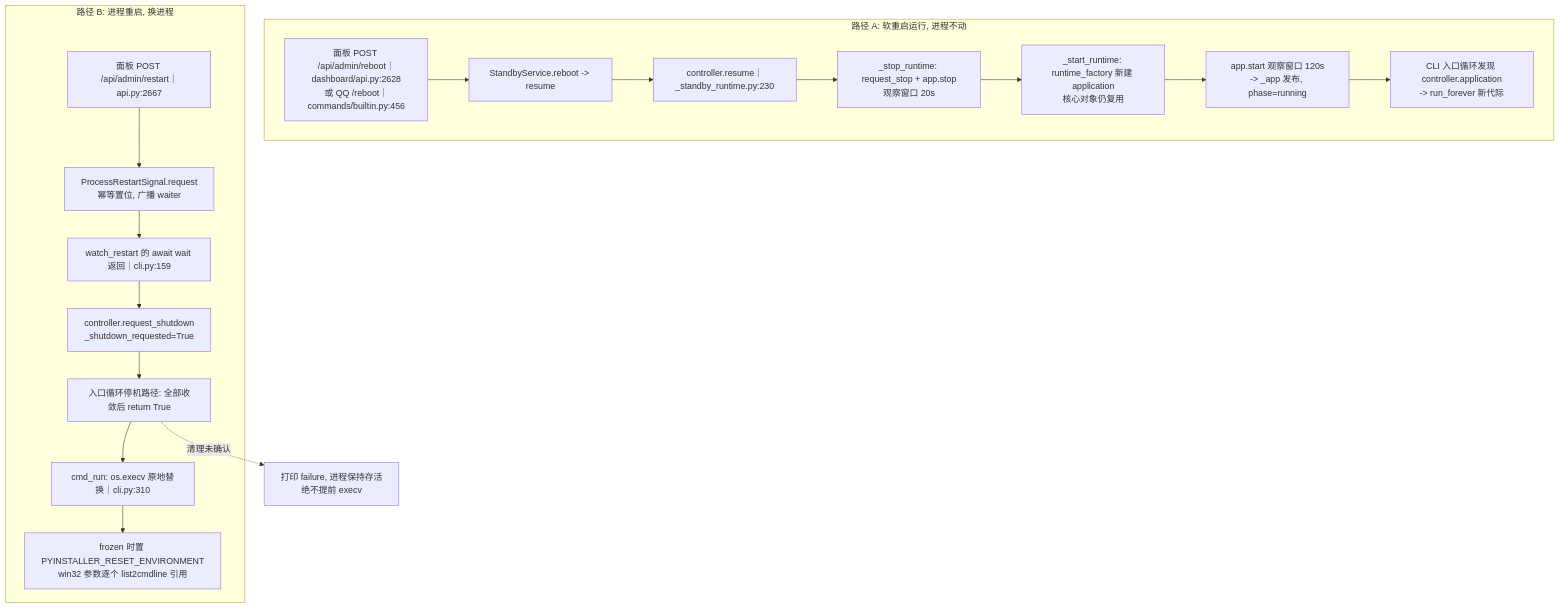
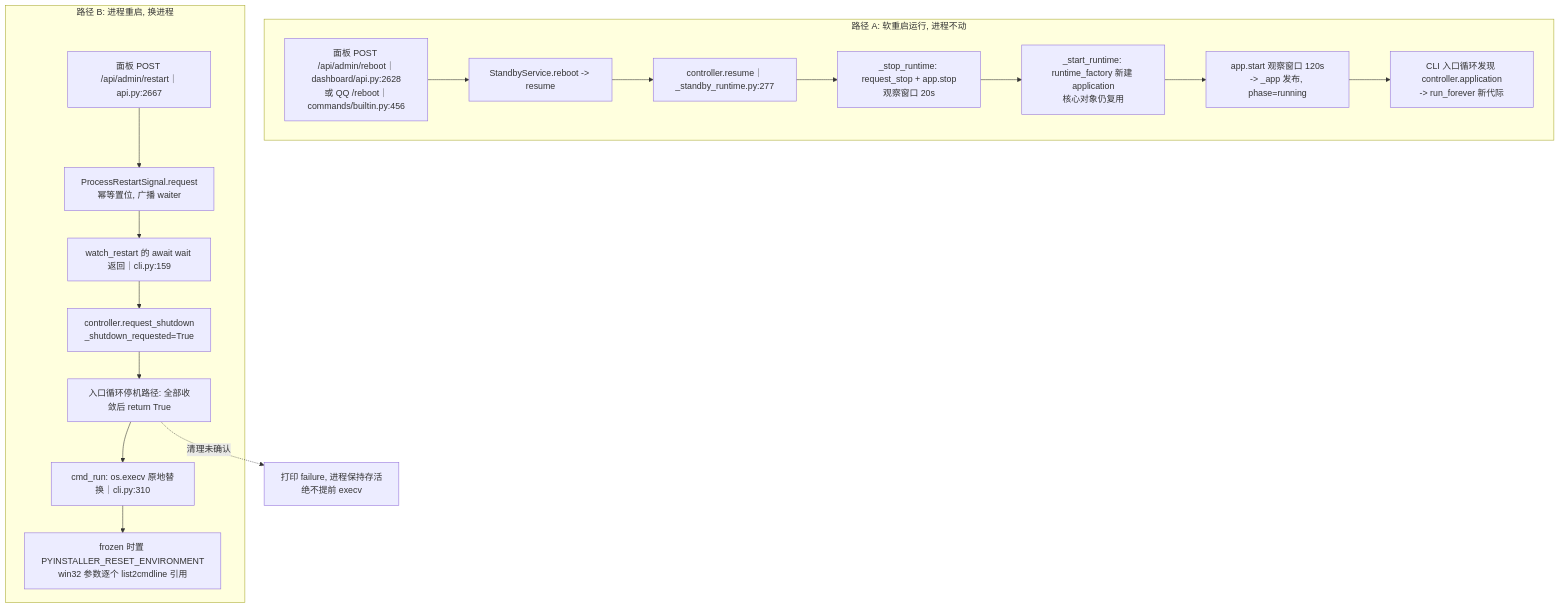
One commit to SuperQuail/NeoBot changed the eighth of 13 diagrams in docs/flow/01-startup-shutdown.md. Above: the diagram before and after it, drawn with Mermaid. The commit also changed other lines of this file and 37 other files, not shown here.

````diff
--- a/docs/flow/01-startup-shutdown.md
+++ b/docs/flow/01-startup-shutdown.md
@@ -330,20 +335,20 @@
 ```mermaid
 flowchart TD
     subgraph P1["路径 A: 软重启运行, 进程不动"]
       A1["面板 POST /api/admin/reboot｜dashboard/api.py:2628<br/>或 QQ /reboot｜commands/builtin.py:456"] --> A2["StandbyService.reboot -> resume"]
-      A2 --> A3["controller.resume｜_standby_runtime.py:230"]
+      A2 --> A3["controller.resume｜_standby_runtime.py:277"]
       A3 --> A4["_stop_runtime: request_stop + app.stop<br/>观察窗口 20s"]
       A4 --> A5["_start_runtime: runtime_factory 新建 application<br/>核心对象仍复用"]
       A5 --> A6["app.start 观察窗口 120s<br/>-> _app 发布, phase=running"]
       A6 --> A7["CLI 入口循环发现 controller.application<br/>-> run_forever 新代际"]
     end
     subgraph P2["路径 B: 进程重启, 换进程"]
       B1["面板 POST /api/admin/restart｜api.py:2667"] --> B2["ProcessRestartSignal.request<br/>幂等置位, 广播 waiter"]
       B2 --> B3["watch_restart 的 await wait 返回｜cli.py:159"]
       B3 --> B4["controller.request_shutdown<br/>_shutdown_requested=True"]
       B4 --> B5["入口循环停机路径: 全部收敛后 return True"]
       B5 --> B6["cmd_run: os.execv 原地替换｜cli.py:310"]
       B6 --> B7["frozen 时置 PYINSTALLER_RESET_ENVIRONMENT<br/>win32 参数逐个 list2cmdline 引用"]
     end
     B5 -.->|清理未确认| B8["打印 failure, 进程保持存活<br/>绝不提前 execv"]
 ```
````
